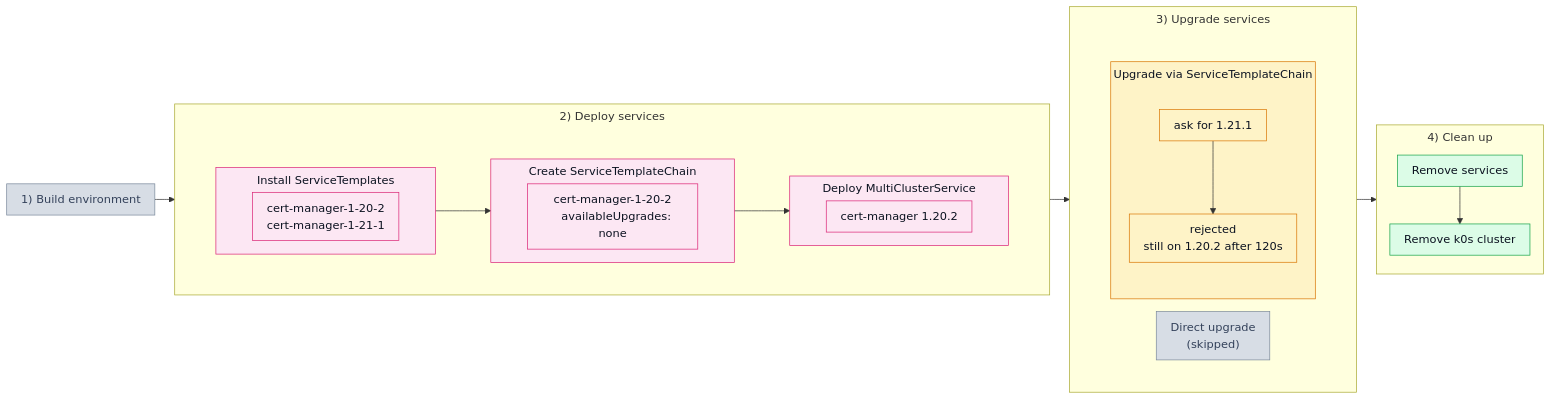
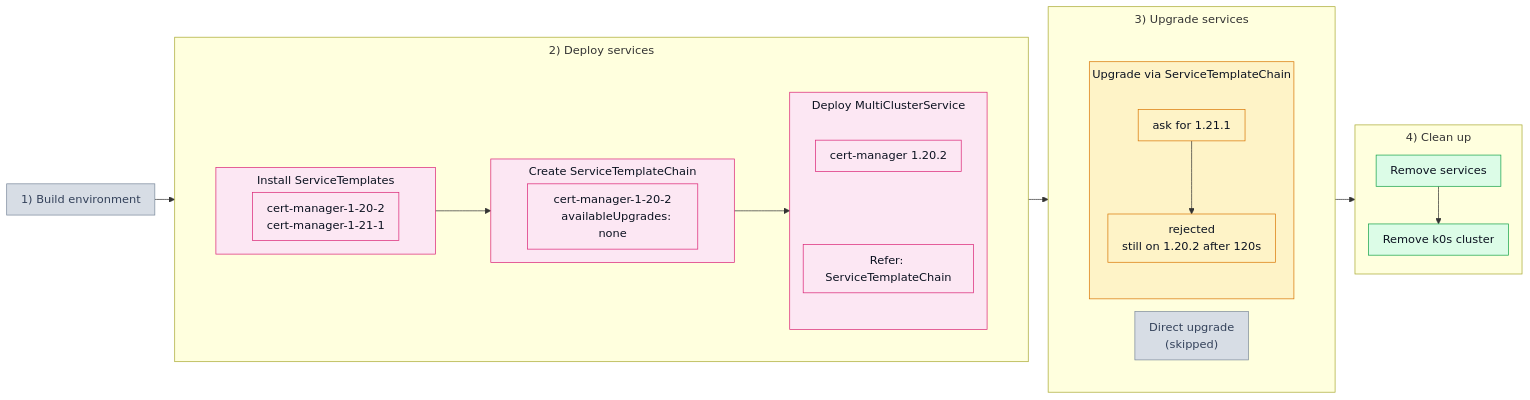
One commit to josef-hak/ksm-tests changed the diagram in test_scenarios/502_chain_boundary.md. Above: the diagram before and after it, drawn with Mermaid. The commit also changed 2 other files, not shown here.

Commit message:
docs: name the chain the MCS refers to in the deploy box

````diff
--- a/test_scenarios/502_chain_boundary.md
+++ b/test_scenarios/502_chain_boundary.md
@@ -18,54 +18,55 @@
 ```mermaid
 %%{init: {'flowchart': {'padding': 10, 'nodeSpacing': 18, 'rankSpacing': 28, 'subGraphTitleMargin': {'top': 6, 'bottom': 10}}}}%%
 flowchart LR
     P1["1) Build environment"]
 
     subgraph P2["2) Deploy services"]
         subgraph W2[" "]
             direction LR
             subgraph D1["Install ServiceTemplates"]
                 T1["cert-manager-1-20-2<br/>cert-manager-1-21-1"]
             end
 
             subgraph D3["Create ServiceTemplateChain"]
                 H1["cert-manager-1-20-2<br/>&nbsp;&nbsp;&nbsp;availableUpgrades: none"]
             end
 
             subgraph D2["Deploy MultiClusterService"]
-                M1["cert-manager 1.20.2"]
+                direction TB
+                M1["cert-manager 1.20.2"] ~~~ R1["Refer: ServiceTemplateChain"]
             end
 
             D1 --> D3 --> D2
         end
     end
 
     subgraph P3["3) Upgrade services"]
         subgraph W3[" "]
             direction LR
             U1["Direct upgrade<br/>(skipped)"]
 
             subgraph U2["Upgrade via ServiceTemplateChain"]
                 direction TB
                 S1["ask for 1.21.1"] --> S2["rejected<br/>still on 1.20.2 after 120s"]
             end
         end
     end
 
     subgraph P4["4) Clean up"]
         C1["Remove services"] --> C2["Remove k0s cluster"]
     end
 
     P1 --> P2 --> P3 --> P4
 
     classDef off fill:#d7dde5,stroke:#7c8a9c,color:#33415a
     classDef pink fill:#fce7f3,stroke:#db2777,color:#0b1220
     classDef amber fill:#fef3c7,stroke:#d97706,color:#0b1220
     classDef green fill:#dcfce7,stroke:#16a34a,color:#0b1220
     classDef bare fill:none,stroke:none
 
     class P1,U1 off
-    class D1,D2,D3,T1,H1,M1 pink
+    class D1,D2,D3,T1,H1,M1,R1 pink
     class U2,S1,S2 amber
     class C1,C2 green
     class W2,W3 bare
 ```
````
